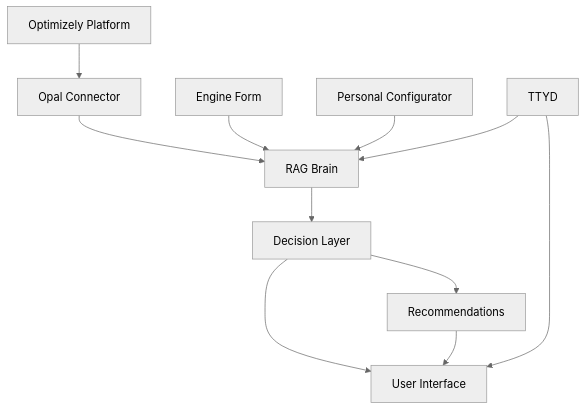
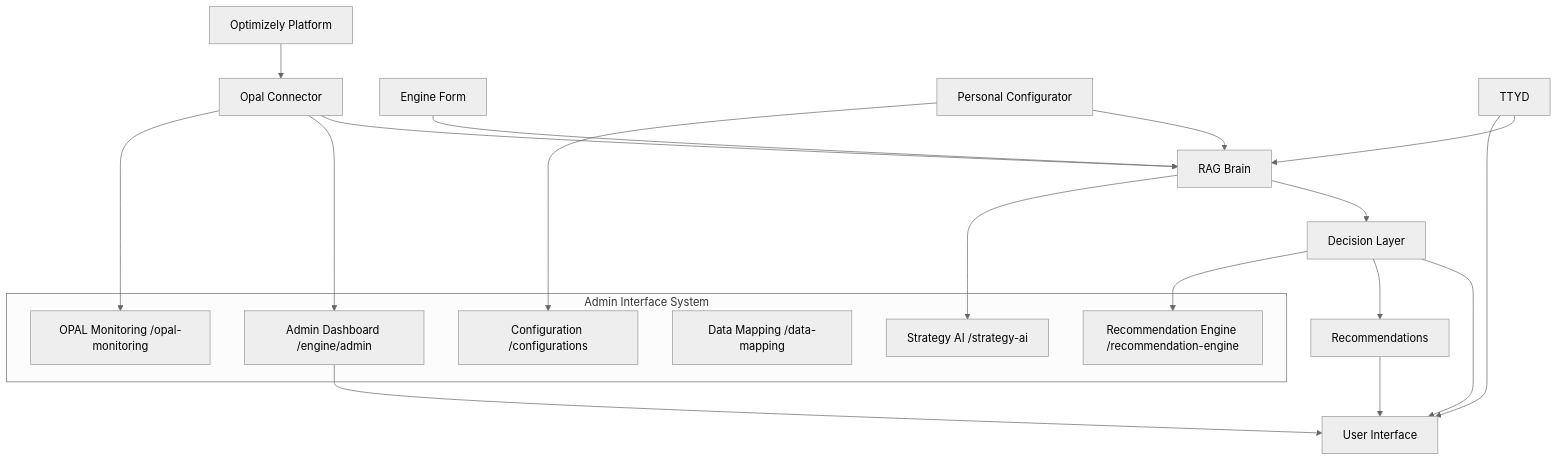
One commit to alex-prft/opal-2025 changed the first of 2 diagrams in docs/OSA_ARCHITECTURE.md. Above: the diagram before and after it, drawn with Mermaid (neutral theme). The commit also changed other lines of this file and 166 other files, not shown here.

````diff
--- a/docs/OSA_ARCHITECTURE.md
+++ b/docs/OSA_ARCHITECTURE.md
@@ -1757,13 +1791,29 @@
 ```mermaid
 graph TB
     A[Optimizely Platform] --> B[Opal Connector]
     B --> C[RAG Brain]
     D[Engine Form] --> C
     E[Personal Configurator] --> C
     C --> F[Decision Layer]
     F --> G[User Interface]
     H[TTYD] --> C
     H --> G
     F --> I[Recommendations]
     I --> G
+
+    subgraph "Admin Interface System"
+        J[Admin Dashboard /engine/admin]
+        K[OPAL Monitoring /opal-monitoring]
+        L[Configuration /configurations]
+        M[Data Mapping /data-mapping]
+        N[Strategy AI /strategy-ai]
+        O[Recommendation Engine /recommendation-engine]
+    end
+
+    B --> J
+    B --> K
+    F --> O
+    E --> L
+    C --> N
+    J --> G
 ```
````
